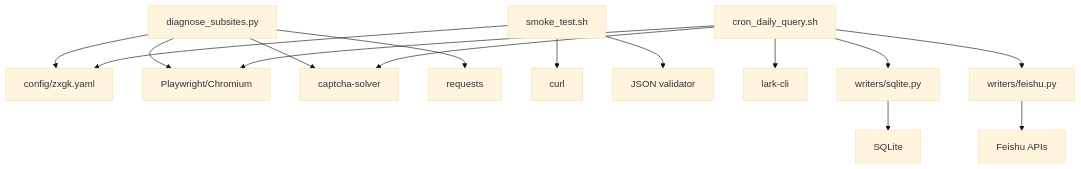
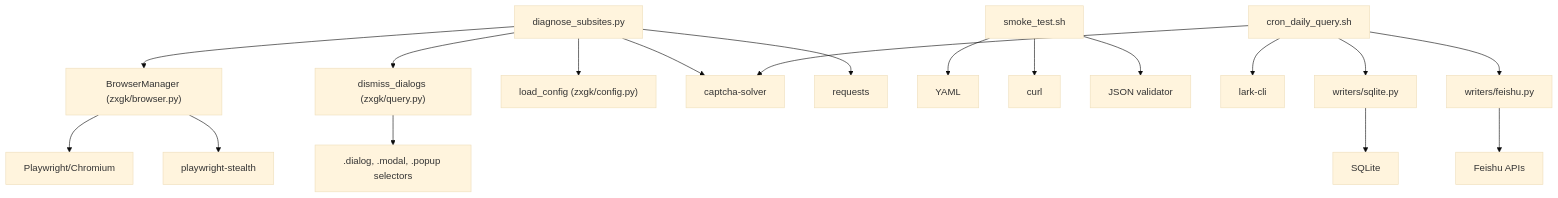
The eighth of 8 diagrams in .qoder/repowiki/en/content/System Diagnostics.md (supotato-ipj/zxgk_auto_query-skill), drawn with Mermaid (base theme) before and after one commit. The commit also changed other lines of this file and 24 other files, not shown here.

````diff
--- a/.qoder/repowiki/en/content/System Diagnostics.md
+++ b/.qoder/repowiki/en/content/System Diagnostics.md
@@ -318,17 +388,20 @@
 ```mermaid
 graph TB
-DS["diagnose_subsites.py"] --> YAML["config/zxgk.yaml"]
-DS --> PW["Playwright/Chromium"]
+DS["diagnose_subsites.py"] --> BM["BrowserManager (zxgk/browser.py)"]
+DS --> DD["dismiss_dialogs (zxgk/query.py)"]
+DS --> LC["load_config (zxgk/config.py)"]
+BM --> PW["Playwright/Chromium"]
+BM --> PS["playwright-stealth"]
+DD --> DIALOGS[".dialog, .modal, .popup selectors"]
 DS --> OCR["captcha-solver"]
 DS --> REQ["requests"]
 ST["smoke_test.sh"] --> YAML
 ST --> CURL["curl"]
 ST --> JSONV["JSON validator"]
 CDQ["cron_daily_query.sh"] --> OCR
-CDQ --> PW
 CDQ --> FEISHU["lark-cli"]
 CDQ --> WSQL["writers/sqlite.py"]
 CDQ --> WFS["writers/feishu.py"]
 WFS --> FEI["Feishu APIs"]
 WSQL --> SQLITE["SQLite"]
 ```
````
